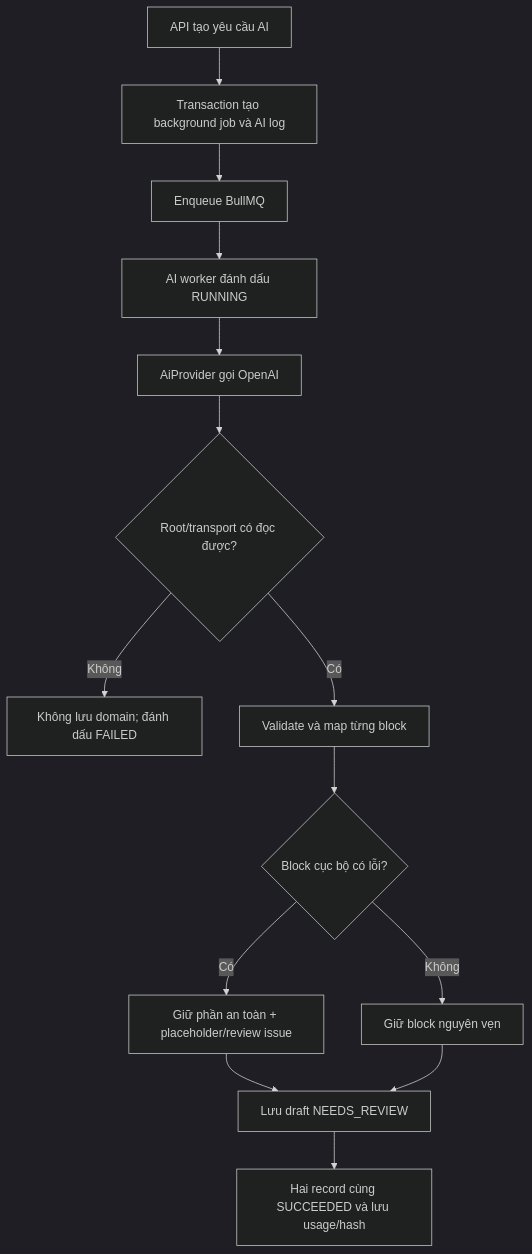
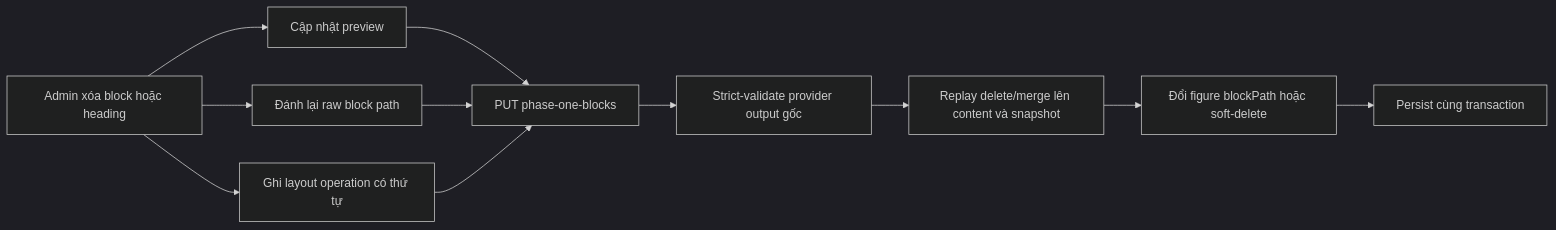
Before and after one commit to DamAnhTuanTB/ClassHero: the diagram in docs/learning-notes/foundation/ai-structured-output-jobs.md, drawn with Mermaid (dark theme). The commit also changed other lines of this file and 317 other files, not shown here.

````diff
--- a/docs/learning-notes/foundation/ai-structured-output-jobs.md
+++ b/docs/learning-notes/foundation/ai-structured-output-jobs.md
@@ -19,16 +175,13 @@
 ```mermaid
-flowchart TD
-  A[API tạo yêu cầu AI] --> B[Transaction tạo background job và AI log]
-  B --> C[Enqueue BullMQ]
-  C --> D[AI worker đánh dấu RUNNING]
-  D --> E[AiProvider gọi OpenAI]
-  E --> F{Root/transport có đọc được?}
-  F -- Không --> G[Không lưu domain; đánh dấu FAILED]
-  F -- Có --> H[Validate và map từng block]
-  H --> J{Block cục bộ có lỗi?}
-  J -- Có --> K[Giữ phần an toàn + placeholder/review issue]
-  J -- Không --> L[Giữ block nguyên vẹn]
-  K --> I[Lưu draft NEEDS_REVIEW]
-  L --> I
-  I --> M[Hai record cùng SUCCEEDED và lưu usage/hash]
+flowchart LR
+  A[Admin xóa block hoặc heading] --> B[Cập nhật preview]
+  A --> C[Đánh lại raw block path]
+  A --> D[Ghi layout operation có thứ tự]
+  B --> E[PUT phase-one-blocks]
+  C --> E
+  D --> E
+  E --> F[Strict-validate provider output gốc]
+  F --> G[Replay delete/merge lên content và snapshot]
+  G --> H[Đổi figure blockPath hoặc soft-delete]
+  H --> I[Persist cùng transaction]
 ```
````
